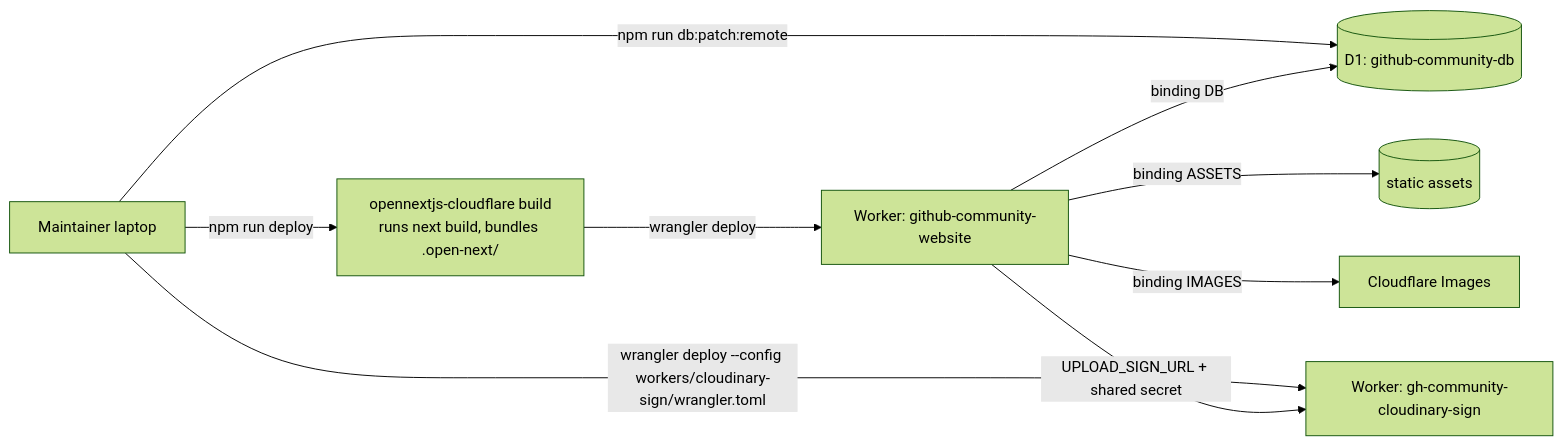
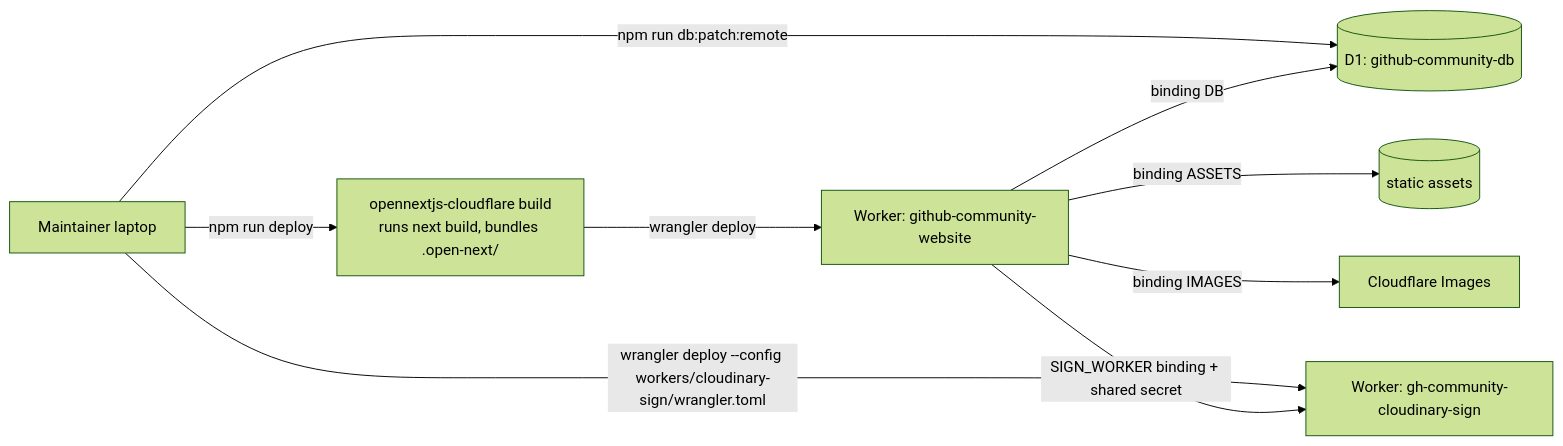
Before and after one commit to Git-HubCommunityGitamHyd/Github-Community-Club-Website: the first of 2 diagrams in docs/04-deployment.md, drawn with Mermaid (forest theme). The commit also changed other lines of this file and 85 other files, not shown here.

````diff
--- a/docs/04-deployment.md
+++ b/docs/04-deployment.md
@@ -17,11 +17,11 @@
 ```mermaid
 flowchart LR
     dev[Maintainer laptop] -->|npm run deploy| build[opennextjs-cloudflare build<br/>runs next build, bundles .open-next/]
     build -->|wrangler deploy| worker[Worker: github-community-website]
     dev -->|npm run db:patch:remote| d1[(D1: github-community-db)]
     dev -->|wrangler deploy --config workers/cloudinary-sign/wrangler.toml| signer[Worker: gh-community-cloudinary-sign]
     worker -->|binding DB| d1
     worker -->|binding ASSETS| assets[(static assets)]
     worker -->|binding IMAGES| img[Cloudflare Images]
-    worker -->|UPLOAD_SIGN_URL + shared secret| signer
+    worker -->|SIGN_WORKER binding + shared secret| signer
 ```
````
